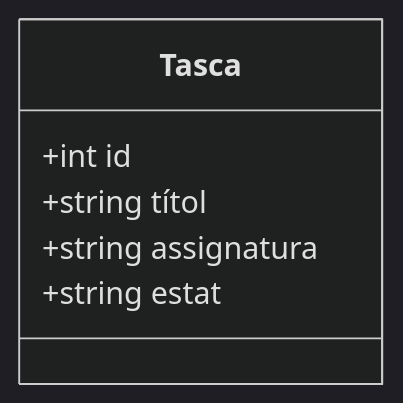
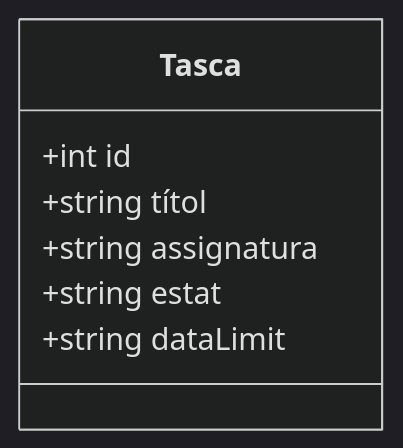
One commit to NIU1690116/RS-Practica-5 changed the diagram in SPECIFICATIONS.md. Above: the diagram before and after it, drawn with Mermaid (dark theme). The commit also changed other lines of this file and 3 other files, not shown here.

````diff
--- a/SPECIFICATIONS.md
+++ b/SPECIFICATIONS.md
@@ -11,9 +12,10 @@
 ```mermaid
 classDiagram
     class Tasca {
         +int id
         +string títol
         +string assignatura
         +string estat
+        +string dataLimit
     }
 ```
````
